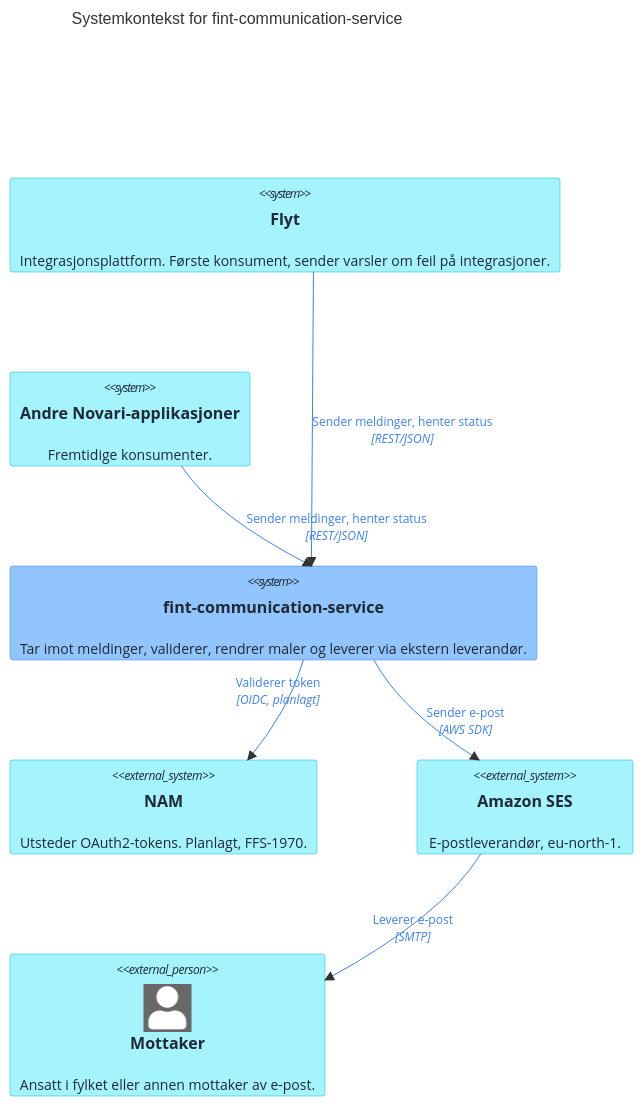
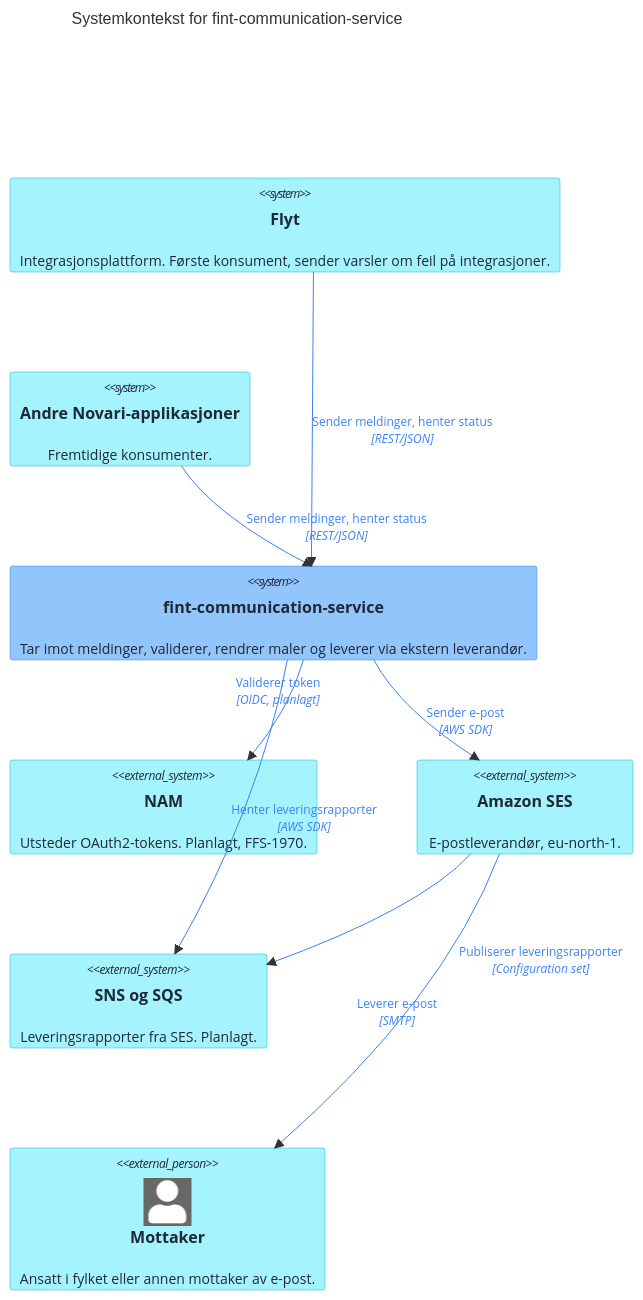
The first of 17 diagrams in docs/architecture.md (FINTLabs/fint-communication-service), drawn with Mermaid before and after one commit. The commit also changed other lines of this file and 45 other files, not shown here.

First line of the commit message:
feat: delivery reports from SES via SNS and SQS

````diff
--- a/docs/architecture.md
+++ b/docs/architecture.md
@@ -36,30 +36,36 @@
 ```mermaid
 C4Context
     title Systemkontekst for fint-communication-service
 
     System(flyt, "Flyt", "Integrasjonsplattform. Første konsument, sender varsler om feil på integrasjoner.")
     System(andre, "Andre Novari-applikasjoner", "Fremtidige konsumenter.")
     System(comm, "fint-communication-service", "Tar imot meldinger, validerer, rendrer maler og leverer via ekstern leverandør.")
     System_Ext(nam, "NAM", "Utsteder OAuth2-tokens. Planlagt, FFS-1970.")
     System_Ext(provider, "Amazon SES", "E-postleverandør, eu-north-1.")
+    System_Ext(reports, "SNS og SQS", "Leveringsrapporter fra SES. Planlagt.")
     Person_Ext(mottaker, "Mottaker", "Ansatt i fylket eller annen mottaker av e-post.")
 
     Rel(flyt, comm, "Sender meldinger, henter status", "REST/JSON")
     Rel(andre, comm, "Sender meldinger, henter status", "REST/JSON")
     Rel(comm, nam, "Validerer token", "OIDC, planlagt")
     Rel(comm, provider, "Sender e-post", "AWS SDK")
     Rel(provider, mottaker, "Leverer e-post", "SMTP")
+    Rel(provider, reports, "Publiserer leveringsrapporter", "Configuration set")
+    Rel(comm, reports, "Henter leveringsrapporter", "AWS SDK")
 
     UpdateRelStyle(flyt, comm, $textColor="#3B82F6", $lineColor="#3B82F6")
     UpdateRelStyle(andre, comm, $textColor="#3B82F6", $lineColor="#3B82F6")
     UpdateRelStyle(comm, nam, $textColor="#3B82F6", $lineColor="#3B82F6", $offsetY="-30", $offsetX="-40")
     UpdateRelStyle(comm, provider, $textColor="#3B82F6", $lineColor="#3B82F6")
     UpdateRelStyle(provider, mottaker, $textColor="#3B82F6", $lineColor="#3B82F6", $offsetX="-30")
+    UpdateRelStyle(provider, reports, $textColor="#3B82F6", $lineColor="#3B82F6", $offsetX="90", $offsetY="40")
+    UpdateRelStyle(comm, reports, $textColor="#3B82F6", $lineColor="#3B82F6")
     UpdateElementStyle(comm, $bgColor="#93C5FD", $fontColor="#1F2937", $borderColor="#3B82F6")
     UpdateElementStyle(flyt, $bgColor="#A5F3FC", $fontColor="#1F2937", $borderColor="#06B6D4")
     UpdateElementStyle(andre, $bgColor="#A5F3FC", $fontColor="#1F2937", $borderColor="#06B6D4")
     UpdateElementStyle(nam, $bgColor="#A5F3FC", $fontColor="#1F2937", $borderColor="#06B6D4")
     UpdateElementStyle(provider, $bgColor="#A5F3FC", $fontColor="#1F2937", $borderColor="#06B6D4")
+    UpdateElementStyle(reports, $bgColor="#A5F3FC", $fontColor="#1F2937", $borderColor="#06B6D4")
     UpdateElementStyle(mottaker, $bgColor="#A5F3FC", $fontColor="#1F2937", $borderColor="#06B6D4")
     UpdateLayoutConfig($c4ShapeInRow="2", $c4BoundaryInRow="1")
 ```
````
